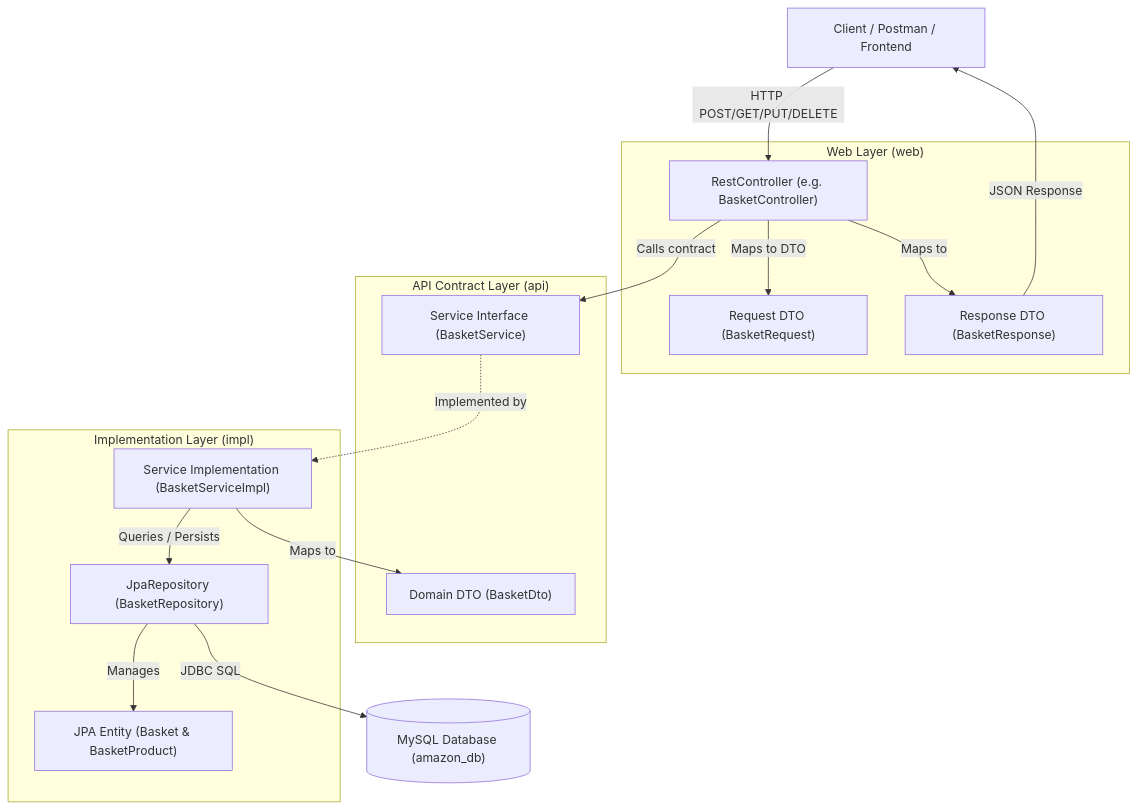
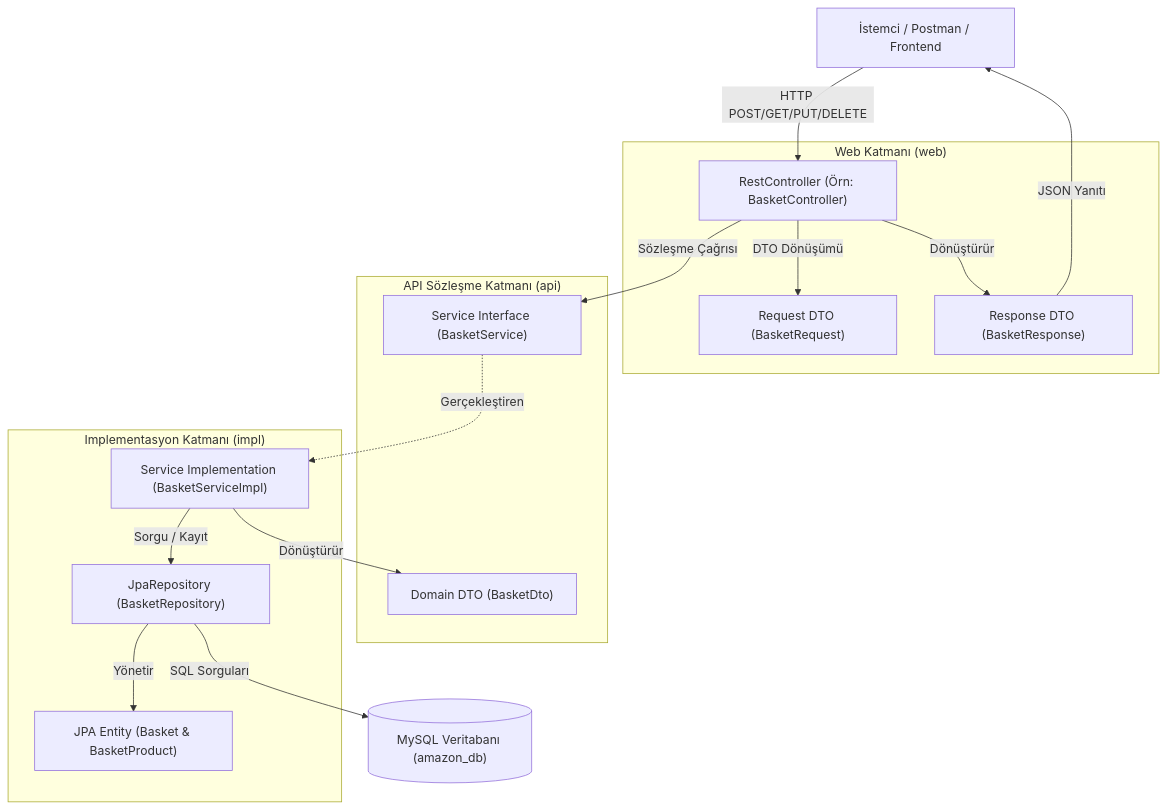
One commit to BurhanAlperen/E_comm_amazon changed the first of 2 diagrams in README.md. Above: the diagram before and after it, drawn with Mermaid. The commit also changed other lines of this file and 2 other files, not shown here.

````diff
--- a/README.md
+++ b/README.md
@@ -66,34 +66,34 @@
 ```mermaid
 flowchart TD
-    Client["Client / Postman / Frontend"]
+    Client["İstemci / Postman / Frontend"]
 
-    subgraph PresentationLayer["Web Layer (web)"]
-        Controller["RestController (e.g. BasketController)"]
+    subgraph PresentationLayer["Web Katmanı (web)"]
+        Controller["RestController (Örn: BasketController)"]
         ReqDTO["Request DTO (BasketRequest)"]
         ResDTO["Response DTO (BasketResponse)"]
     end
 
-    subgraph ContractLayer["API Contract Layer (api)"]
+    subgraph ContractLayer["API Sözleşme Katmanı (api)"]
         ServiceIntf["Service Interface (BasketService)"]
         DomainDTO["Domain DTO (BasketDto)"]
     end
 
-    subgraph PersistenceLayer["Implementation Layer (impl)"]
+    subgraph PersistenceLayer["Implementasyon Katmanı (impl)"]
         ServiceImpl["Service Implementation (BasketServiceImpl)"]
         Repo["JpaRepository (BasketRepository)"]
         Entity["JPA Entity (Basket & BasketProduct)"]
     end
 
-    DB[("MySQL Database (amazon_db)")]
+    DB[("MySQL Veritabanı (amazon_db)")]
 
     Client -->|HTTP POST/GET/PUT/DELETE| Controller
-    Controller -->|Maps to DTO| ReqDTO
-    Controller -->|Calls contract| ServiceIntf
-    ServiceIntf -.->|Implemented by| ServiceImpl
-    ServiceImpl -->|Queries / Persists| Repo
-    Repo -->|Manages| Entity
-    Repo -->|JDBC SQL| DB
-    ServiceImpl -->|Maps to| DomainDTO
-    Controller -->|Maps to| ResDTO
-    ResDTO -->|JSON Response| Client
+    Controller -->|DTO Dönüşümü| ReqDTO
+    Controller -->|Sözleşme Çağrısı| ServiceIntf
+    ServiceIntf -.->|Gerçekleştiren| ServiceImpl
+    ServiceImpl -->|Sorgu / Kayıt| Repo
+    Repo -->|Yönetir| Entity
+    Repo -->|SQL Sorguları| DB
+    ServiceImpl -->|Dönüştürür| DomainDTO
+    Controller -->|Dönüştürür| ResDTO
+    ResDTO -->|JSON Yanıtı| Client
 ```
````
